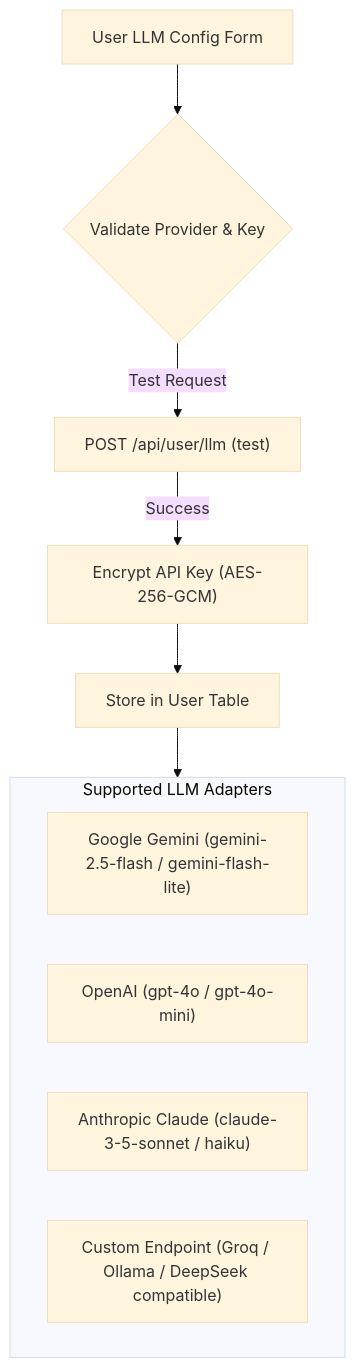
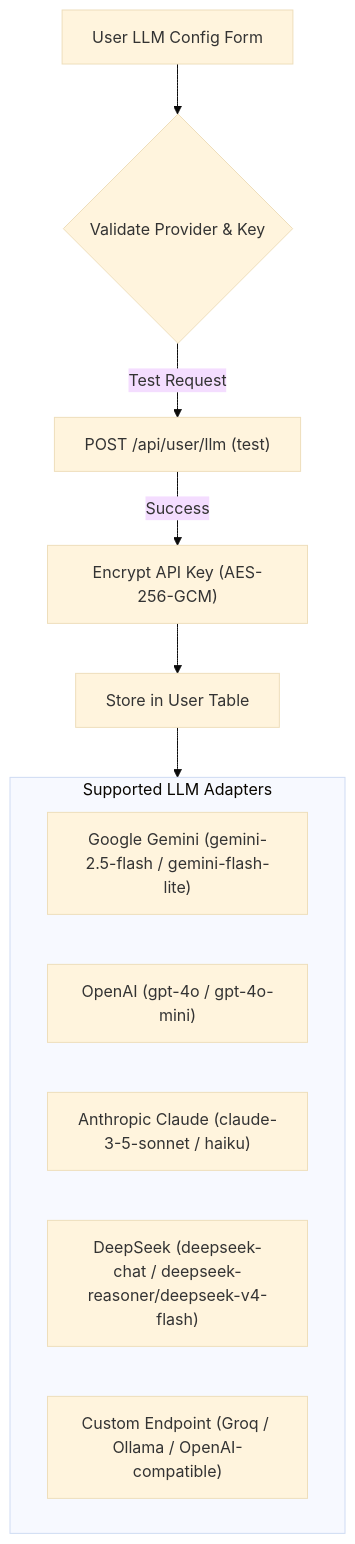
The fourth of 4 diagrams in AGENTS.md (navneetguptacse/career-hub), drawn with Mermaid (base theme) before and after one commit. The commit also changed 35 other files, not shown here.

````diff
--- a/AGENTS.md
+++ b/AGENTS.md
@@ -163,16 +163,17 @@
 ```mermaid
 flowchart TD
     Config["User LLM Config Form"] --> Validation{"Validate Provider & Key"}
     Validation -->|Test Request| TestEndpoint["POST /api/user/llm (test)"]
     TestEndpoint -->|Success| SaveConfig["Encrypt API Key (AES-256-GCM)"]
     SaveConfig --> StoreDB["Store in User Table"]
 
     subgraph ProviderAdapters ["Supported LLM Adapters"]
         P1["Google Gemini (gemini-2.5-flash / gemini-flash-lite)"]
         P2["OpenAI (gpt-4o / gpt-4o-mini)"]
         P3["Anthropic Claude (claude-3-5-sonnet / haiku)"]
-        P4["Custom Endpoint (Groq / Ollama / DeepSeek compatible)"]
+        P4["DeepSeek (deepseek-chat / deepseek-reasoner/deepseek-v4-flash)"]
+        P5["Custom Endpoint (Groq / Ollama / OpenAI-compatible)"]
     end
 
     StoreDB --> ProviderAdapters
 ```
````
